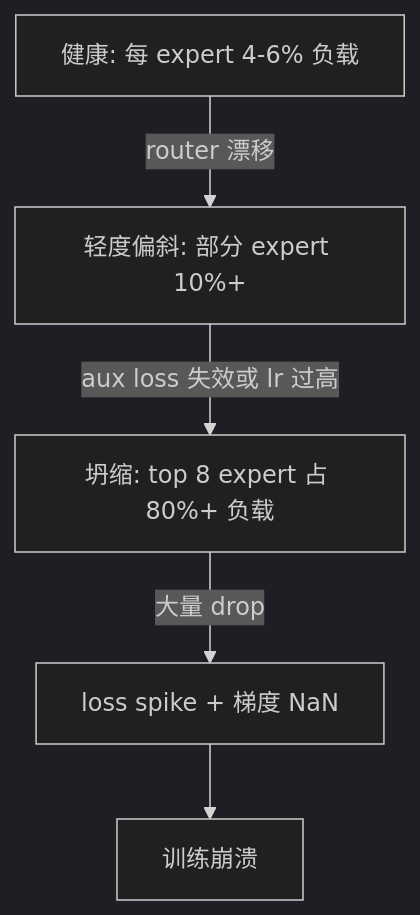
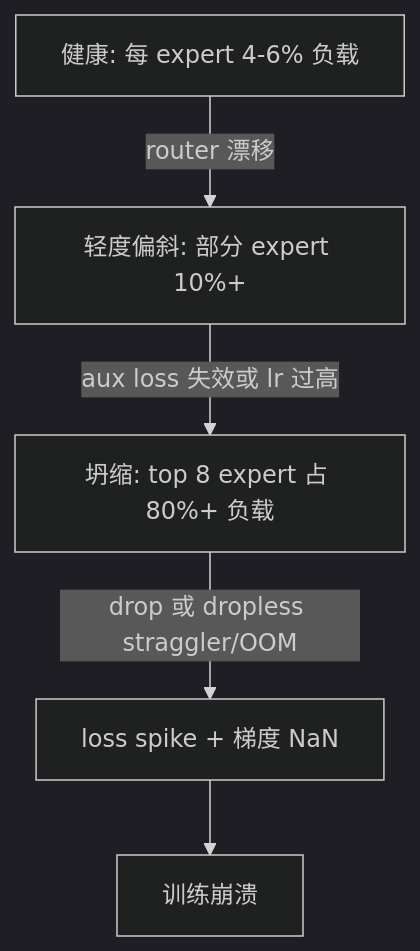
One commit to qxhy123/learn changed the ninth of 11 diagrams in ai-infra-tutorial/part3-training-infra/09e-moe-training-infrastructure.md. Above: the diagram before and after it, drawn with Mermaid (dark theme). The commit also changed other lines of this file and 6 other files, not shown here.

````diff
--- a/ai-infra-tutorial/part3-training-infra/09e-moe-training-infrastructure.md
+++ b/ai-infra-tutorial/part3-training-infra/09e-moe-training-infrastructure.md
@@ -545,7 +944,7 @@
 ```mermaid
 flowchart TD
   Healthy[健康: 每 expert 4-6% 负载] -->|router 漂移| Skew[轻度偏斜: 部分 expert 10%+]
   Skew -->|aux loss 失效或 lr 过高| Collapse[坍缩: top 8 expert 占 80%+ 负载]
-  Collapse -->|大量 drop| Spike[loss spike + 梯度 NaN]
+  Collapse -->|drop 或 dropless straggler/OOM| Spike[loss spike + 梯度 NaN]
   Spike --> Crash[训练崩溃]
 ```
````
